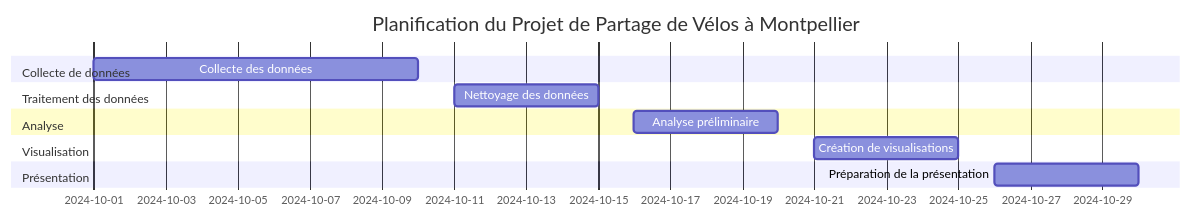
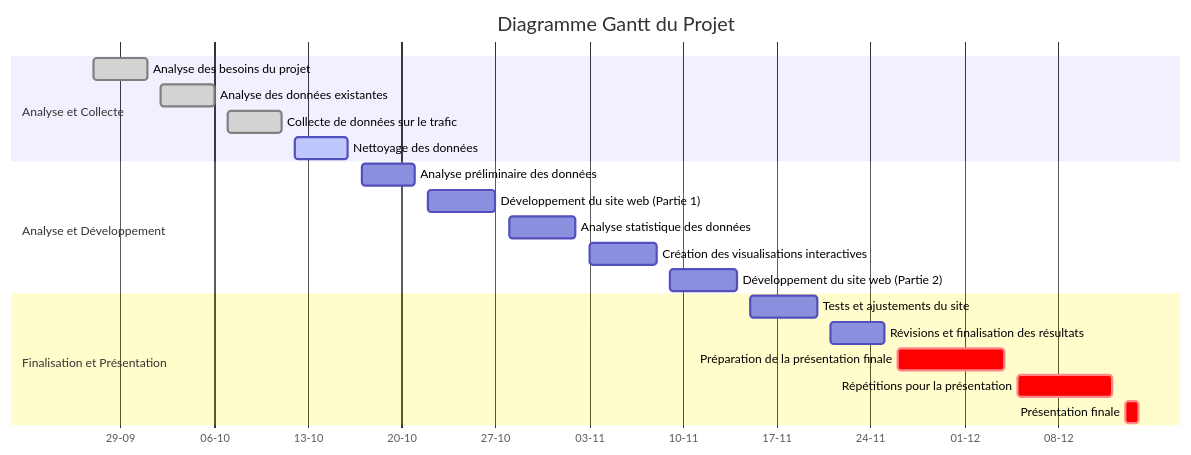
One commit to naimaradouan/firstRepo changed the diagram in README.md. Above: the diagram before and after it, drawn with Mermaid. The commit also changed other lines of this file, not shown here.

````diff
--- a/README.md
+++ b/README.md
@@ -11,16 +1,23 @@
 ```{mermaid}
 gantt
-    title Planification du Projet de Partage de Vélos à Montpellier
+    title Diagramme Gantt du Projet
     dateFormat  YYYY-MM-DD
-    section Collecte de données
-    Collecte des données :a1, 2024-10-01, 2024-10-10
-    section Traitement des données
-    Nettoyage des données :a2, 2024-10-11, 2024-10-15
-    section Analyse
-    Analyse préliminaire :a3, 2024-10-16, 2024-10-20
-    section Visualisation
-    Création de visualisations :a4, 2024-10-21, 2024-10-25
-    section Présentation
-    Préparation de la présentation :a5, 2024-10-26, 2024-10-30
-
+    axisFormat  %d-%m
+    section Analyse et Collecte
+    Analyse des besoins du projet        :done,   des1, 2024-09-27, 2024-10-01
+    Analyse des données existantes       :done,   des2, 2024-10-02, 2024-10-06
+    Collecte de données sur le trafic    :done,   des3, 2024-10-07, 2024-10-11
+    Nettoyage des données                :active, des4, 2024-10-12, 2024-10-16
+    section Analyse et Développement
+    Analyse préliminaire des données     :        des5, 2024-10-17, 2024-10-21
+    Développement du site web (Partie 1) :        des6, 2024-10-22, 2024-10-27
+    Analyse statistique des données      :        des7, 2024-10-28, 2024-11-02
+    Création des visualisations interactives:     des8, 2024-11-03, 2024-11-08
+    Développement du site web (Partie 2) :        des9, 2024-11-09, 2024-11-14
+    section Finalisation et Présentation
+    Tests et ajustements du site         :        des10, 2024-11-15, 2024-11-20
+    Révisions et finalisation des résultats:      des11, 2024-11-21, 2024-11-25
+    Préparation de la présentation finale: crit,       des12, 2024-11-26, 2024-12-04
+    Répétitions pour la présentation     :   crit,     des13, 2024-12-05, 2024-12-12
+    Présentation finale                  :  crit,      des14, 2024-12-13, 1d
 ```
````
